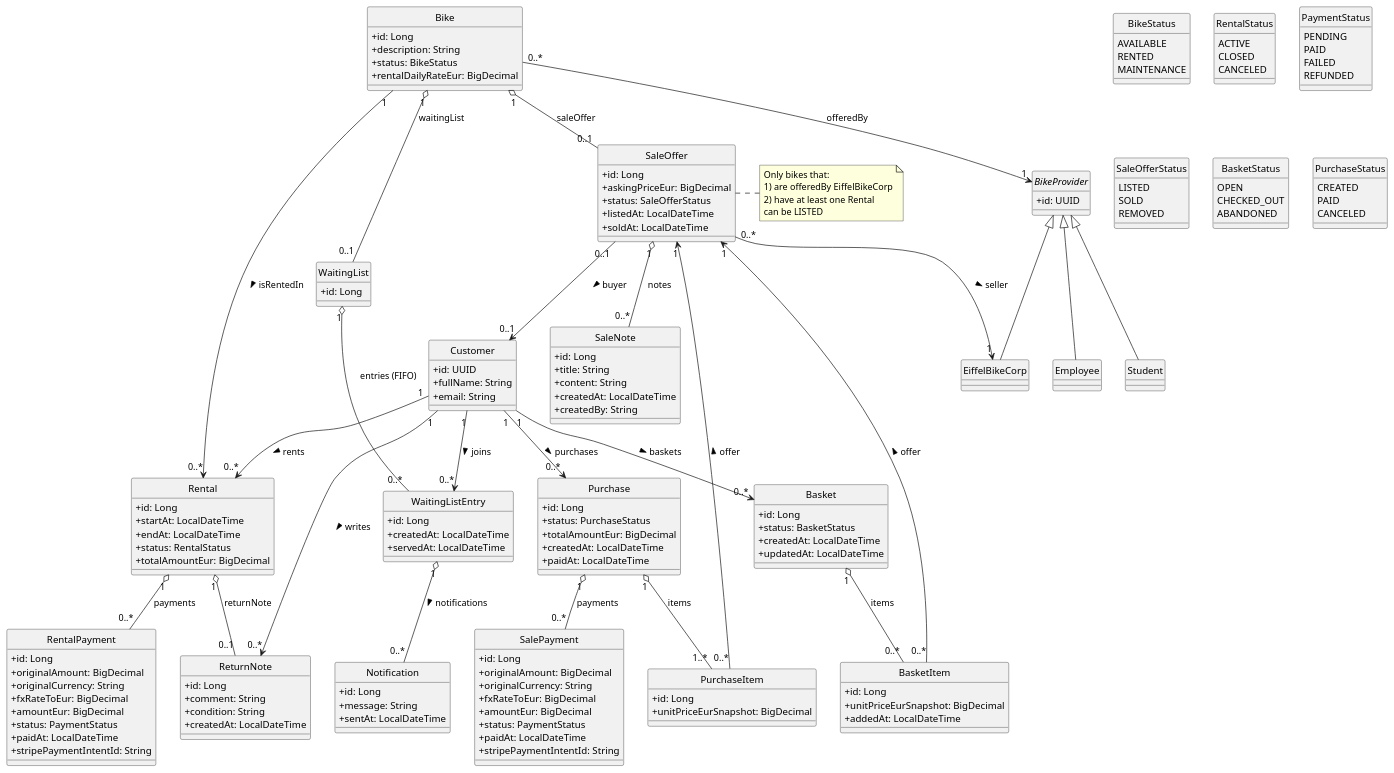
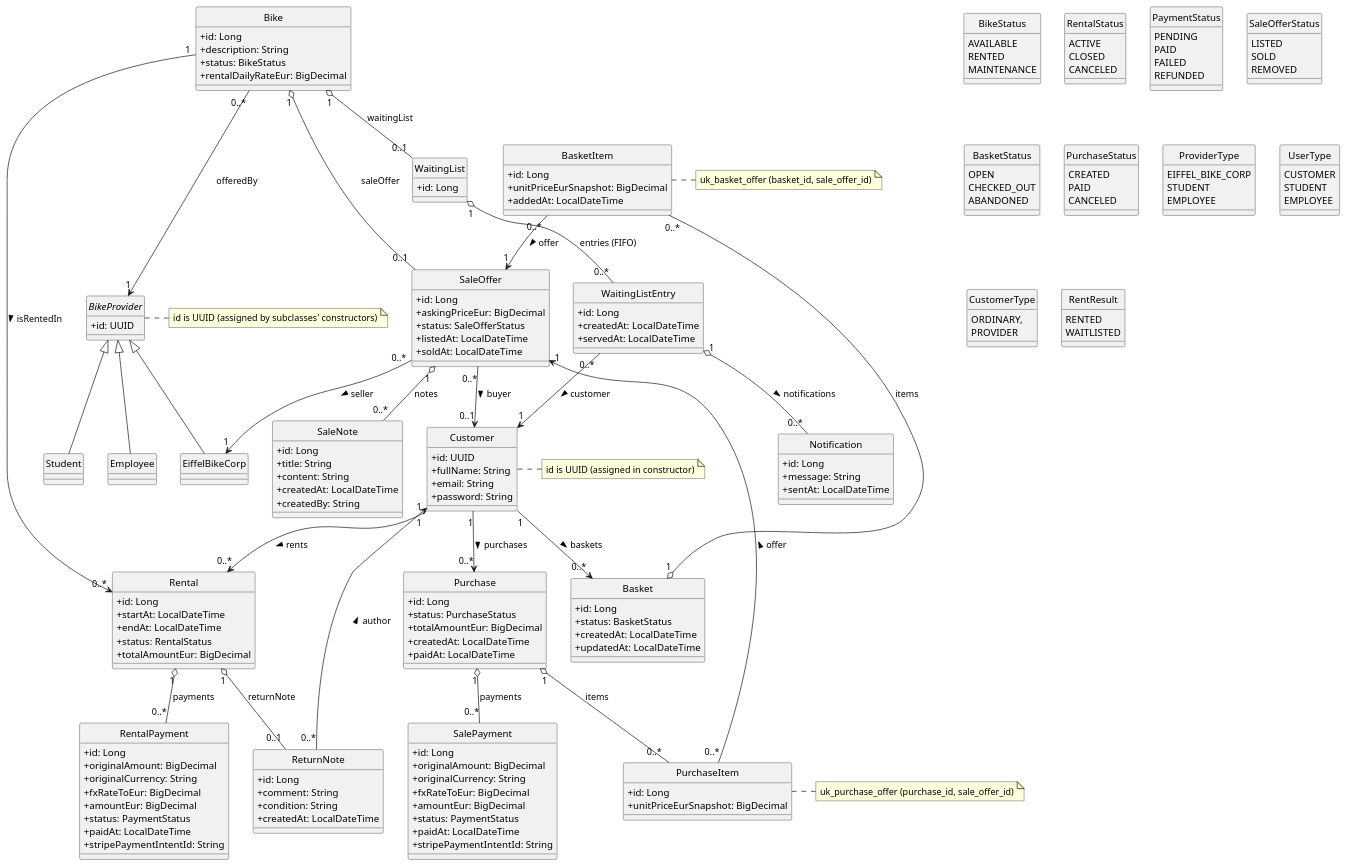
Before and after one commit to pafmoura/Eiffel-Bike-Corp: the diagram in bike-api/class_diagram.puml, drawn with PlantUML. The commit also changed 2 other files, not shown here.

Commit message:
Ordinary customer and class diagram update

```diff
--- a/bike-api/class_diagram.puml
+++ b/bike-api/class_diagram.puml
@@ -42,8 +42,31 @@
   CANCELED
 }
 
+' Present in codebase (not referenced by the entities above)
+enum ProviderType {
+  EIFFEL_BIKE_CORP
+  STUDENT
+  EMPLOYEE
+}
+
+enum UserType {
+  CUSTOMER
+  STUDENT
+  EMPLOYEE
+}
+
+enum CustomerType {
+  ORDINARY,
+  PROVIDER
+}
+
+enum RentResult {
+  RENTED
+  WAITLISTED
+}
+
 ' =========================
-' Core actors / identities
+' Core identities
 ' =========================
 abstract class BikeProvider {
   +id: UUID
@@ -61,10 +84,11 @@
   +id: UUID
   +fullName: String
   +email: String
+  +password: String
 }
 
 ' =========================
-' Bike & rental
+' Bike, waiting list, notifications
 ' =========================
 class Bike {
   +id: Long
@@ -73,6 +97,25 @@
   +rentalDailyRateEur: BigDecimal
 }
 
+class WaitingList {
+  +id: Long
+}
+
+class WaitingListEntry {
+  +id: Long
+  +createdAt: LocalDateTime
+  +servedAt: LocalDateTime
+}
+
+class Notification {
+  +id: Long
+  +message: String
+  +sentAt: LocalDateTime
+}
+
+' =========================
+' Rental
+' =========================
 class Rental {
   +id: Long
   +startAt: LocalDateTime
@@ -99,39 +142,8 @@
   +createdAt: LocalDateTime
 }
 
-Bike "0..*" --> "1" BikeProvider : offeredBy
-Customer "1" --> "0..*" Rental : rents >
-Bike     "1" --> "0..*" Rental : isRentedIn >
-Rental "1" o-- "0..*" RentalPayment : payments
-Rental "1" o-- "0..1" ReturnNote : returnNote
-Customer "1" --> "0..*" ReturnNote : writes >
-
 ' =========================
-' Waiting list
-' =========================
-class WaitingList {
-  +id: Long
-}
-
-class WaitingListEntry {
-  +id: Long
-  +createdAt: LocalDateTime
-  +servedAt: LocalDateTime
-}
-
-class Notification {
-  +id: Long
-  +message: String
-  +sentAt: LocalDateTime
-}
-
-Bike "1" o-- "0..1" WaitingList : waitingList
-WaitingList "1" o-- "0..*" WaitingListEntry : entries (FIFO)
-Customer "1" --> "0..*" WaitingListEntry : joins >
-WaitingListEntry "1" o-- "0..*" Notification : notifications >
-
-' =========================
-' Sale offers
+' Sale offers (buy)
 ' =========================
 class SaleOffer {
   +id: Long
@@ -149,13 +161,8 @@
   +createdBy: String
 }
 
-Bike "1" o-- "0..1" SaleOffer : saleOffer
-SaleOffer "0..*" --> "1" EiffelBikeCorp : seller >
-SaleOffer "0..1" --> "0..1" Customer : buyer >
-SaleOffer "1" o-- "0..*" SaleNote : notes
-
 ' =========================
-' Basket
+' Basket + purchase
 ' =========================
 class Basket {
   +id: Long
@@ -170,13 +177,6 @@
   +addedAt: LocalDateTime
 }
 
-Customer "1" --> "0..*" Basket : baskets >
-Basket "1" o-- "0..*" BasketItem : items
-BasketItem "0..*" --> "1" SaleOffer : offer >
-
-' =========================
-' Purchase (Order)
-' =========================
 class Purchase {
   +id: Long
   +status: PurchaseStatus
@@ -201,16 +201,57 @@
   +stripePaymentIntentId: String
 }
 
+' =========================
+' Associations (from JPA mappings)
+' =========================
+
+' Bike ownership
+Bike "0..*" --> "1" BikeProvider : offeredBy
+
+' Waiting list
+Bike "1" o-- "0..1" WaitingList : waitingList
+WaitingList "1" o-- "0..*" WaitingListEntry : entries (FIFO)
+WaitingListEntry "0..*" --> "1" Customer : customer >
+WaitingListEntry "1" o-- "0..*" Notification : notifications >
+
+' Rental
+Customer "1" --> "0..*" Rental : rents >
+Bike     "1" --> "0..*" Rental : isRentedIn >
+Rental "1" o-- "0..*" RentalPayment : payments
+Rental "1" o-- "0..1" ReturnNote : returnNote
+ReturnNote "0..*" --> "1" Customer : author >
+
+' Sale offer
+Bike "1" o-- "0..1" SaleOffer : saleOffer
+SaleOffer "0..*" --> "1" EiffelBikeCorp : seller >
+SaleOffer "0..*" --> "0..1" Customer : buyer >
+SaleOffer "1" o-- "0..*" SaleNote : notes
+
+' Basket
+Customer "1" --> "0..*" Basket : baskets >
+Basket "1" o-- "0..*" BasketItem : items
+BasketItem "0..*" --> "1" SaleOffer : offer >
+
+' Purchase
 Customer "1" --> "0..*" Purchase : purchases >
-Purchase "1" o-- "1..*" PurchaseItem : items
+Purchase "1" o-- "0..*" PurchaseItem : items
 PurchaseItem "0..*" --> "1" SaleOffer : offer >
 Purchase "1" o-- "0..*" SalePayment : payments
 
-note right of SaleOffer
-Only bikes that:
-1) are offeredBy EiffelBikeCorp
-2) have at least one Rental
-can be LISTED
+note right of BasketItem
+uk_basket_offer (basket_id, sale_offer_id)
+end note
+
+note right of PurchaseItem
+uk_purchase_offer (purchase_id, sale_offer_id)
+end note
+
+note right of Customer
+id is UUID (assigned in constructor)
+end note
+
+note right of BikeProvider
+id is UUID (assigned by subclasses' constructors)
 end note
 
 @enduml
```
